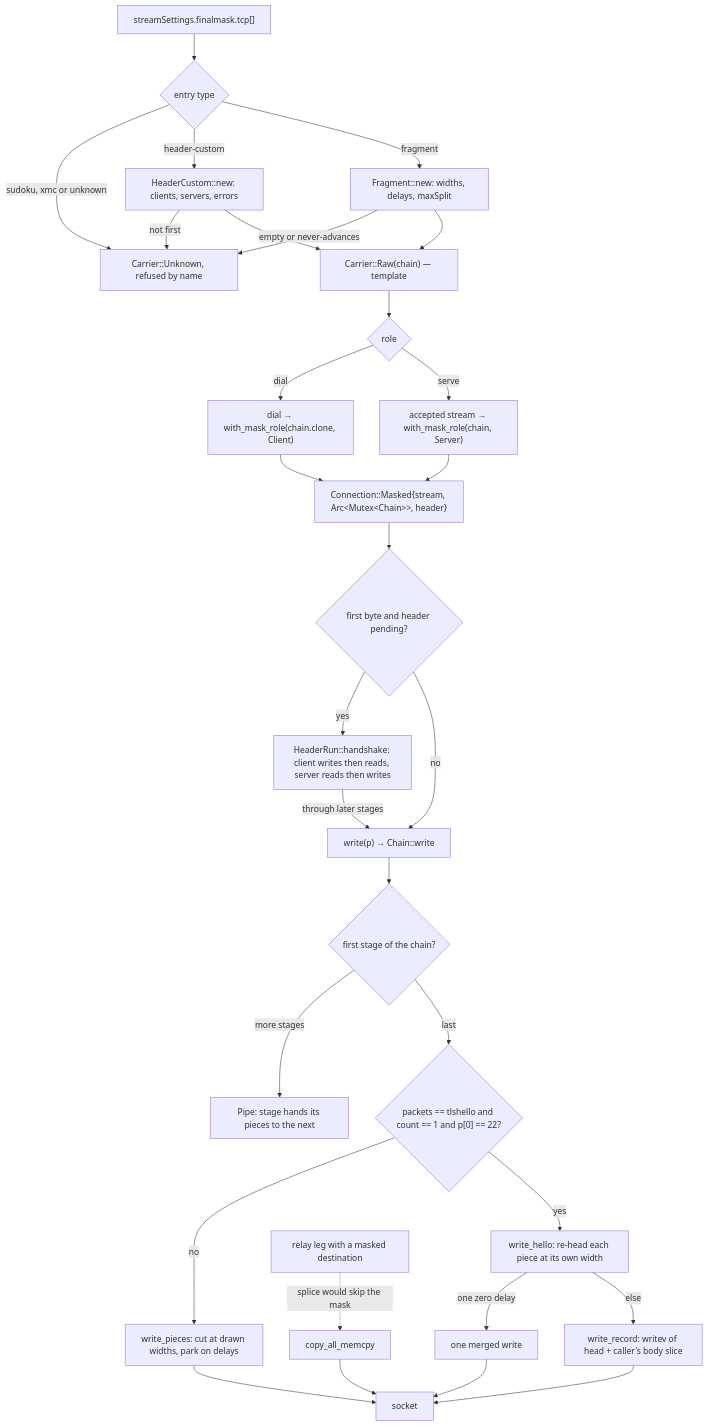
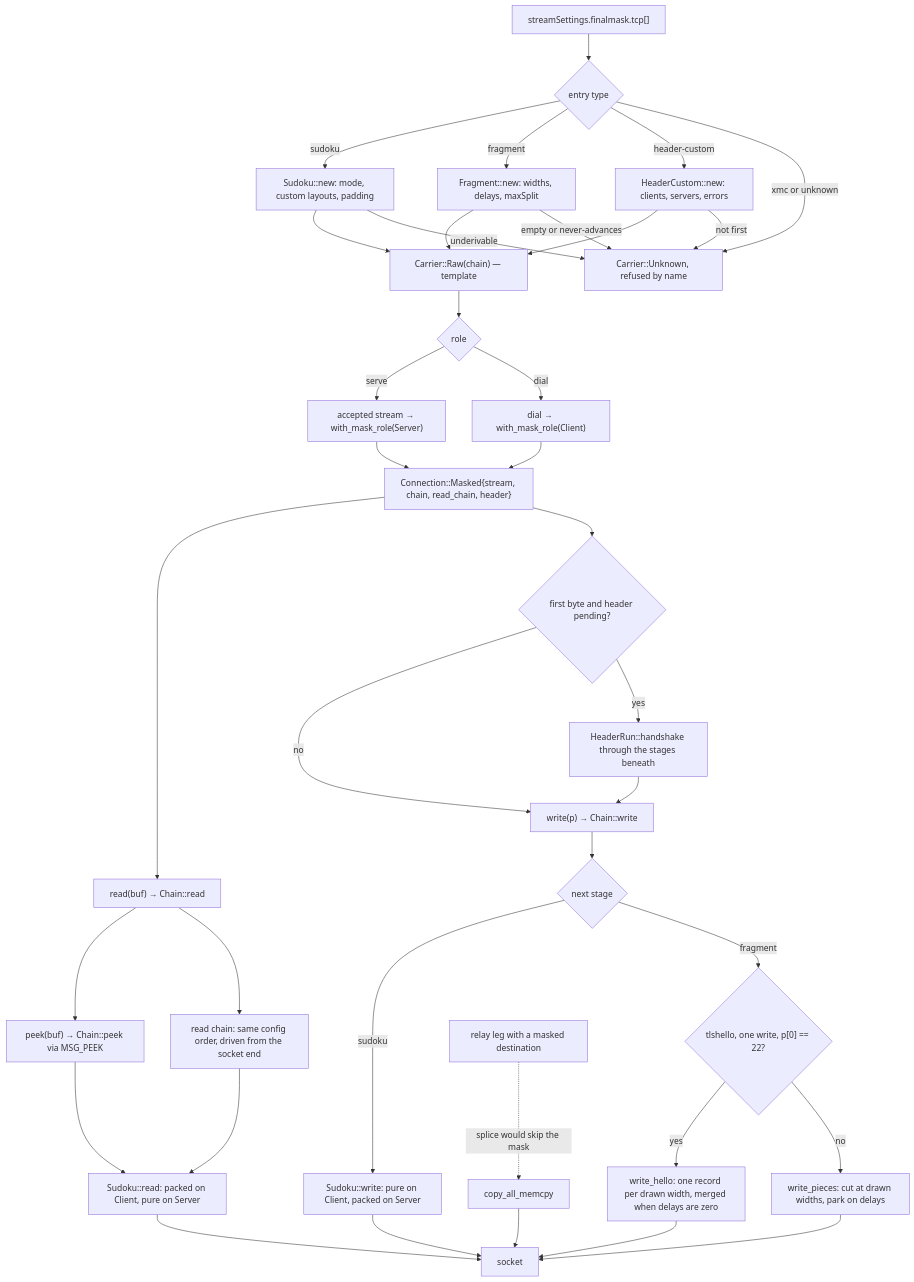
One commit to Ferrocite/ferrox changed the diagram in docs/function/finalmask.md. Above: the diagram before and after it, drawn with Mermaid. The commit also changed other lines of this file and 11 other files, not shown here.

````diff
--- a/docs/function/finalmask.md
+++ b/docs/function/finalmask.md
@@ -17,32 +19,39 @@
 ```mermaid
 graph TD
     C["streamSettings.finalmask.tcp[]"] --> R{"entry type"}
-    R -- "sudoku, xmc or unknown" --> U["Carrier::Unknown, refused by name"]
+    R -- "xmc or unknown" --> U["Carrier::Unknown, refused by name"]
     R -- "header-custom" --> HC["HeaderCustom::new: clients, servers, errors"]
     HC -- "not first" --> U
     R -- "fragment" --> F["Fragment::new: widths, delays, maxSplit"]
     F -- empty or never-advances --> U
+    R -- sudoku --> SD["Sudoku::new: mode, custom layouts, padding"]
+    SD -- underivable --> U
     F --> T["Carrier::Raw(chain) — template"]
+    SD --> T
     HC --> T
     T --> D{"role"}
-    D -- dial --> W1["dial → with_mask_role(chain.clone, Client)"]
-    D -- serve --> W2["accepted stream → with_mask_role(chain, Server)"]
-    W1 --> M["Connection::Masked{stream, Arc&lt;Mutex&lt;Chain&gt;&gt;, header}"]
+    D -- dial --> W1["dial → with_mask_role(Client)"]
+    D -- serve --> W2["accepted stream → with_mask_role(Server)"]
+    W1 --> M["Connection::Masked{stream, chain, read_chain, header}"]
     W2 --> M
     M --> H0{"first byte and header pending?"}
-    H0 -- yes --> HR["HeaderRun::handshake: client writes then reads, server reads then writes"]
-    HR -- "through later stages" --> S
+    H0 -- yes --> HR["HeaderRun::handshake through the stages beneath"]
+    HR --> S
     H0 -- no --> S["write(p) → Chain::write"]
-    S --> G{"first stage of the chain?"}
-    G -- more stages --> P["Pipe: stage hands its pieces to the next"]
-    G -- last --> H{"packets == tlshello and count == 1 and p[0] == 22?"}
+    S --> G{"next stage"}
+    G -- fragment --> H{"tlshello, one write, p[0] == 22?"}
     H -- no --> B["write_pieces: cut at drawn widths, park on delays"]
-    H -- yes --> E["write_hello: re-head each piece at its own width"]
-    E -- one zero delay --> MG["one merged write"]
-    E -- else --> VR["write_record: writev of head + caller's body slice"]
-    VR --> K["socket"]
-    MG --> K
+    H -- yes --> E["write_hello: one record per drawn width, merged when delays are zero"]
+    G -- sudoku --> SE["Sudoku::write: pure on Client, packed on Server"]
+    E --> K["socket"]
     B --> K
+    SE --> K
+    M --> RD["read(buf) → Chain::read"]
+    RD --> RR["read chain: same config order, driven from the socket end"]
+    RR --> RU["Sudoku::read: packed on Client, pure on Server"]
+    RU --> K
+    RD --> PK["peek(buf) → Chain::peek via MSG_PEEK"]
+    PK --> RU
     K2["relay leg with a masked destination"] -. "splice would skip the mask" .-> MC["copy_all_memcpy"]
     MC --> K
 ```
````
